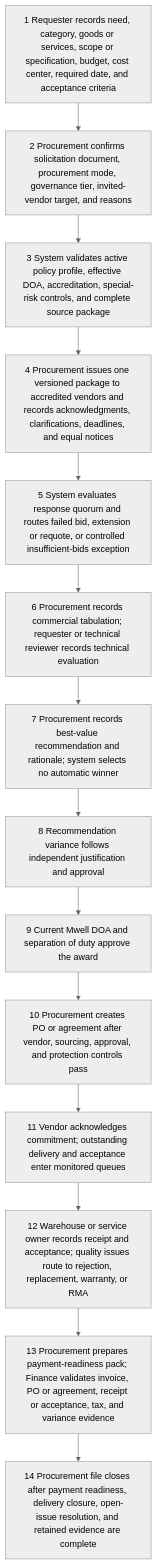
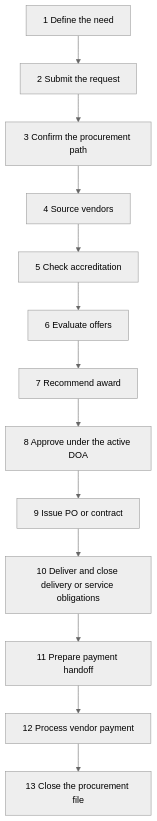
The second of 8 diagrams in docs/PROCESS_REFERENCE_LIBRARY.md (normanwashere/mwell-intra), drawn with Mermaid (neutral theme) before and after one commit. The commit also changed other lines of this file and 35 other files, not shown here.

Commit message:
Align procurement with canonical Mwell policy

````diff
--- a/docs/PROCESS_REFERENCE_LIBRARY.md
+++ b/docs/PROCESS_REFERENCE_LIBRARY.md
@@ -62,16 +62,15 @@
 ```mermaid
 flowchart TD
-  S1[1 Requester records need, category, goods or services, scope or specification, budget, cost center, required date, and acceptance criteria] --> S2[2 Procurement confirms solicitation document, procurement mode, governance tier, invited-vendor target, and reasons]
-  S2 --> S3[3 System validates active policy profile, effective DOA, accreditation, special-risk controls, and complete source package]
-  S3 --> S4[4 Procurement issues one versioned package to accredited vendors and records acknowledgments, clarifications, deadlines, and equal notices]
-  S4 --> S5[5 System evaluates response quorum and routes failed bid, extension or requote, or controlled insufficient-bids exception]
-  S5 --> S6[6 Procurement records commercial tabulation; requester or technical reviewer records technical evaluation]
-  S6 --> S7[7 Procurement records best-value recommendation and rationale; system selects no automatic winner]
-  S7 --> S8[8 Recommendation variance follows independent justification and approval]
-  S8 --> S9[9 Current Mwell DOA and separation of duty approve the award]
-  S9 --> S10[10 Procurement creates PO or agreement after vendor, sourcing, approval, and protection controls pass]
-  S10 --> S11[11 Vendor acknowledges commitment; outstanding delivery and acceptance enter monitored queues]
-  S11 --> S12[12 Warehouse or service owner records receipt and acceptance; quality issues route to rejection, replacement, warranty, or RMA]
-  S12 --> S13[13 Procurement prepares payment-readiness pack; Finance validates invoice, PO or agreement, receipt or acceptance, tax, and variance evidence]
-  S13 --> S14[14 Procurement file closes after payment readiness, delivery closure, open-issue resolution, and retained evidence are complete]
+  S1[1 Define the need] --> S2[2 Submit the request]
+  S2 --> S3[3 Confirm the procurement path]
+  S3 --> S4[4 Source vendors]
+  S4 --> S5[5 Check accreditation]
+  S5 --> S6[6 Evaluate offers]
+  S6 --> S7[7 Recommend award]
+  S7 --> S8[8 Approve under the active DOA]
+  S8 --> S9[9 Issue PO or contract]
+  S9 --> S10[10 Deliver and close delivery or service obligations]
+  S10 --> S11[11 Prepare payment handoff]
+  S11 --> S12[12 Process vendor payment]
+  S12 --> S13[13 Close the procurement file]
 ```
````
